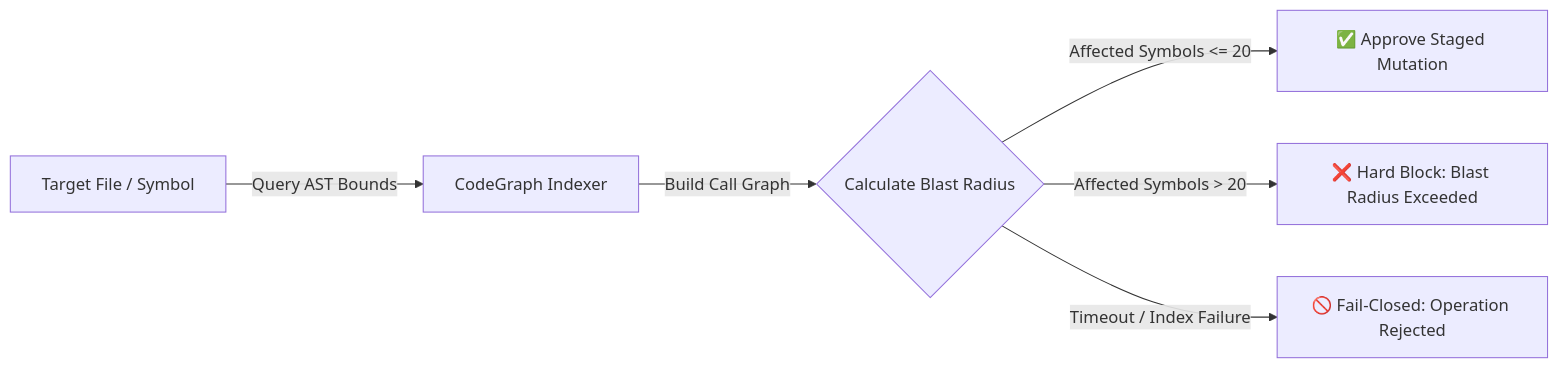
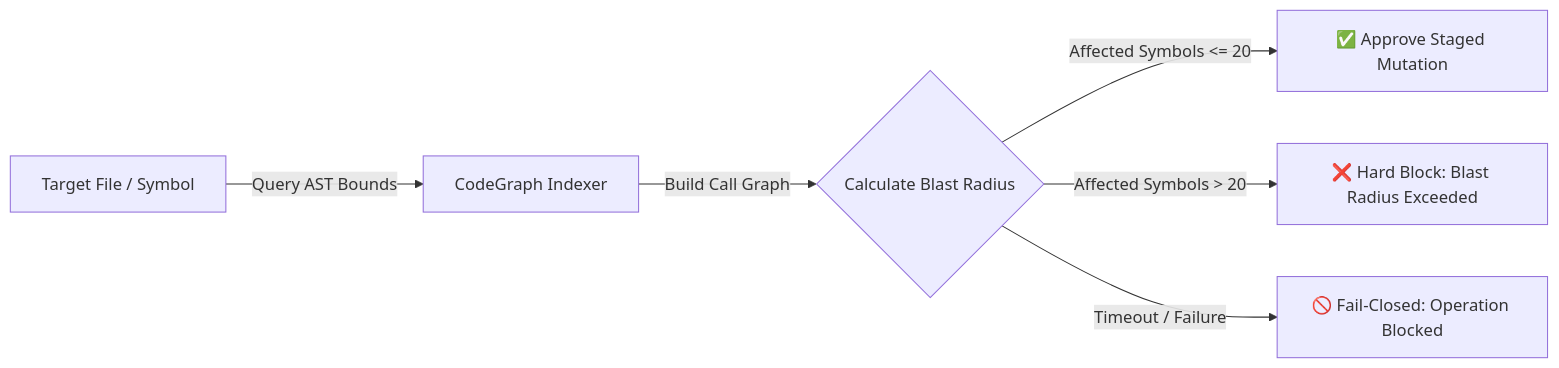
Before and after one commit to emmanuelol/yani-engine: the first of 4 diagrams in README.md, drawn with Mermaid. The commit also changed other lines of this file and 33 other files, not shown here.

````diff
--- a/README.md
+++ b/README.md
@@ -27,8 +27,8 @@
 ```mermaid
 flowchart LR
     A[Target File / Symbol] -->|Query AST Bounds| B[CodeGraph Indexer]
     B -->|Build Call Graph| C{Calculate Blast Radius}
     C -->|Affected Symbols <= 20| D[✅ Approve Staged Mutation]
     C -->|Affected Symbols > 20| E[❌ Hard Block: Blast Radius Exceeded]
-    C -->|Timeout / Index Failure| F[🚫 Fail-Closed: Operation Rejected]
+    C -->|Timeout / Failure| F[🚫 Fail-Closed: Operation Blocked]
 ```
````
